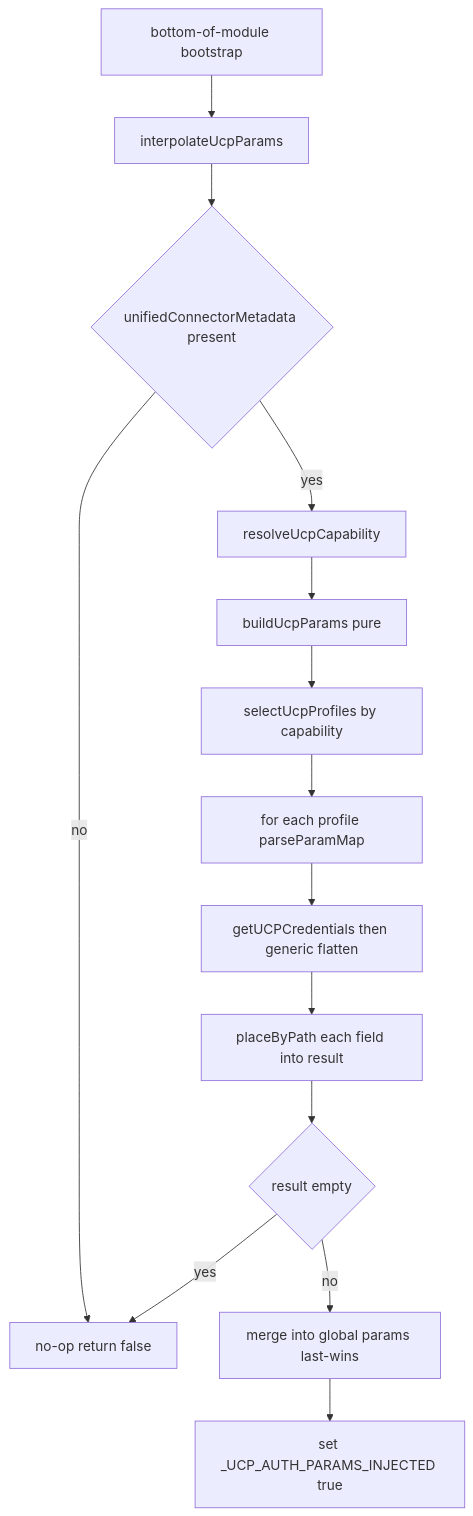
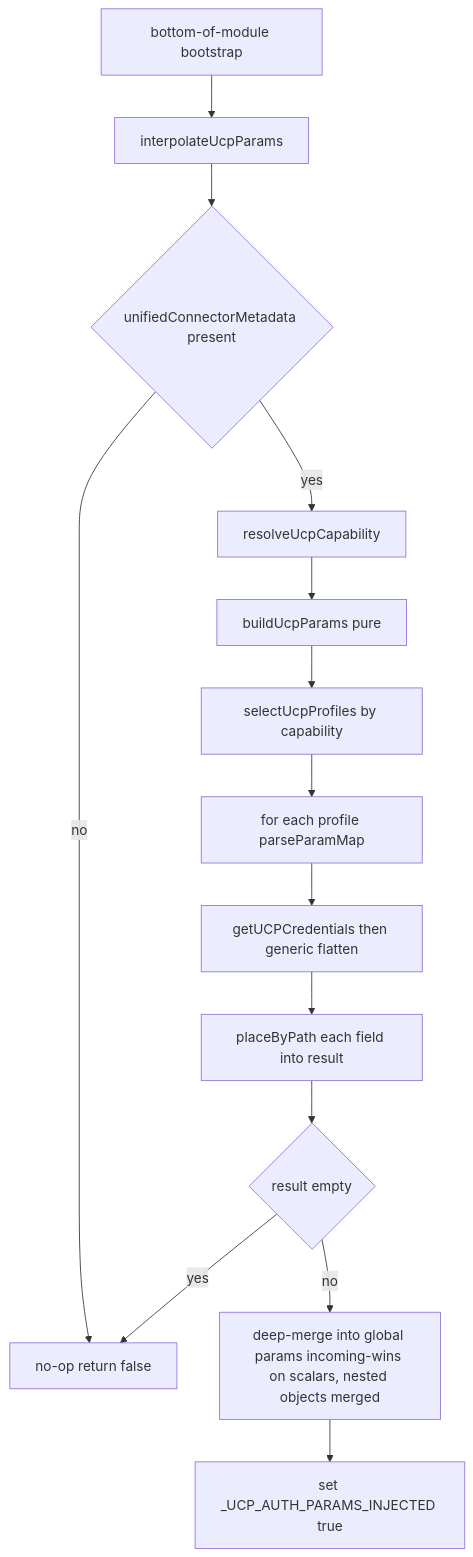
One commit to demisto/content changed the diagram in connectus/interpolation-javascript-parity.md. Above: the diagram before and after it, drawn with Mermaid. The commit also changed other lines of this file and 4 other files, not shown here.

````diff
--- a/connectus/interpolation-javascript-parity.md
+++ b/connectus/interpolation-javascript-parity.md
@@ -270,16 +312,16 @@
 ```mermaid
 flowchart TD
     A[bottom-of-module bootstrap] --> B[interpolateUcpParams]
     B --> C{unifiedConnectorMetadata present}
     C -- no --> Z[no-op return false]
     C -- yes --> D[resolveUcpCapability]
     D --> E[buildUcpParams pure]
     E --> F[selectUcpProfiles by capability]
     F --> G[for each profile parseParamMap]
     G --> H[getUCPCredentials then generic flatten]
     H --> I[placeByPath each field into result]
     I --> J{result empty}
     J -- yes --> Z
-    J -- no --> K[merge into global params last-wins]
+    J -- no --> K[deep-merge into global params incoming-wins on scalars, nested objects merged]
     K --> L[set _UCP_AUTH_PARAMS_INJECTED true]
 ```
````
